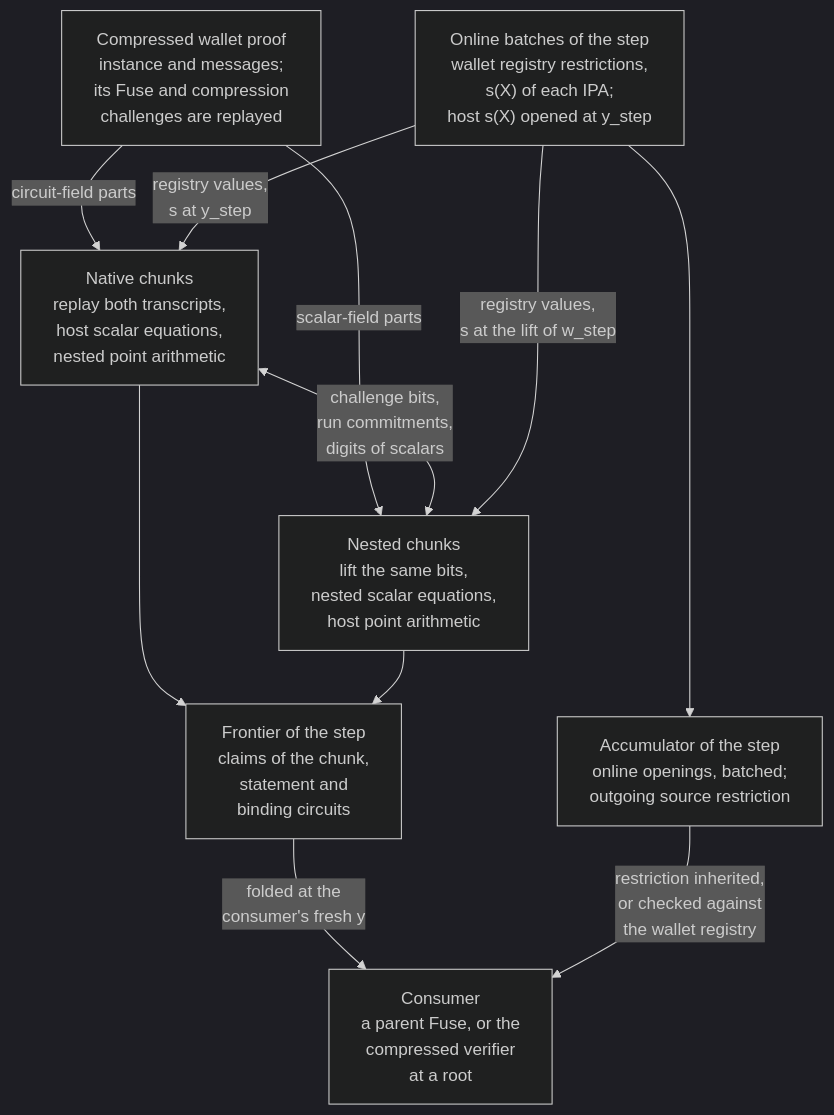
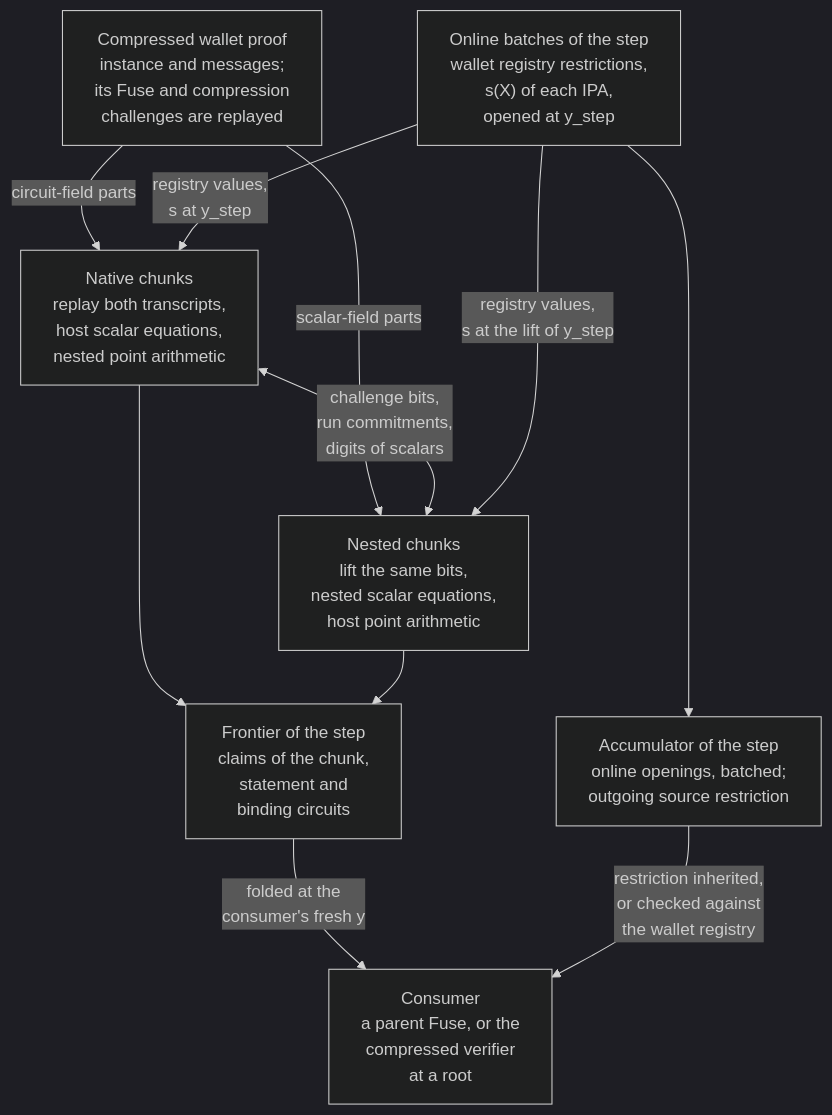
The first of 5 diagrams in book/src/protocol/recursion/decompression.md (tachyon-zcash/ragu), drawn with Mermaid (dark theme) before and after one commit. The commit also changed other lines of this file and 1 other file, not shown here.

First line of the commit message:
docs(book): retire V5 and describe both IPA helpers as batch slots

````diff
--- a/book/src/protocol/recursion/decompression.md
+++ b/book/src/protocol/recursion/decompression.md
@@ -83,22 +83,22 @@
 ```mermaid
 flowchart TB
     accTitle: Boundaries of a decompression
     accDescr: The compressed wallet proof supplies its circuit-field parts to the native chunks and its scalar-field parts to the nested chunks. The native chunks replay the wallet proof's Fuse and compression transcripts. The two sides exchange challenge bits, run commitments and the digits of full-width scalars, and each recomputes the commitments of the other's stages. The enclosing aggregator Fuse supplies the registry and IPA polynomial evaluations through its own online batches. The openings are batched into the step's accumulator with an outgoing source restriction, and the claims of the chunk, statement and binding circuits join the step's frontier. A consumer folds those claims at a fresh challenge of its own and inherits the restriction, or checks both at a root.
     W["Compressed wallet proof<br/>instance and messages;<br/>its Fuse and compression<br/>challenges are replayed"]
-    ON["Online batches of the step<br/>wallet registry restrictions,<br/>s(X) of each IPA;<br/>host s(X) opened at y_step"]
+    ON["Online batches of the step<br/>wallet registry restrictions,<br/>s(X) of each IPA,<br/>opened at y_step"]
     NA["Native chunks<br/>replay both transcripts,<br/>host scalar equations,<br/>nested point arithmetic"]
     NE["Nested chunks<br/>lift the same bits,<br/>nested scalar equations,<br/>host point arithmetic"]
     FR["Frontier of the step<br/>claims of the chunk,<br/>statement and<br/>binding circuits"]
     AC["Accumulator of the step<br/>online openings, batched;<br/>outgoing source restriction"]
     CO["Consumer<br/>a parent Fuse, or the<br/>compressed verifier<br/>at a root"]
     W -->|"circuit-field parts"| NA
     W -->|"scalar-field parts"| NE
     NA <-->|"challenge bits,<br/>run commitments,<br/>digits of scalars"| NE
     ON -->|"registry values,<br/>s at y_step"| NA
-    ON -->|"registry values,<br/>s at the lift of w_step"| NE
+    ON -->|"registry values,<br/>s at the lift of y_step"| NE
     ON --> AC
     NA --> FR
     NE --> FR
     FR -->|"folded at the<br/>consumer's fresh y"| CO
     AC -->|"restriction inherited,<br/>or checked against<br/>the wallet registry"| CO
 ```
````
